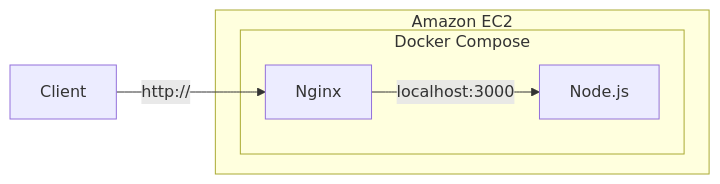
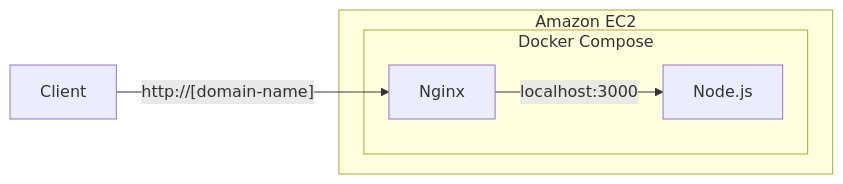
Before and after one commit to skkuding/cookbook: the diagram in content/docs/infra/4. AWS: EC2, Network.md, drawn with Mermaid. The commit also changed 5 other files, not shown here.

````diff
--- a/content/docs/infra/4. AWS: EC2, Network.md
+++ b/content/docs/infra/4. AWS: EC2, Network.md
@@ -78,9 +78,9 @@
 ```mermaid
 flowchart LR
   subgraph Amazon EC2
     subgraph Docker Compose
       Nginx -- localhost:3000 --> Node.js
     end
   end
-  Client -- http://<domain-name> --> Nginx
+  Client -- http://[domain-name] --> Nginx
 ```
````
